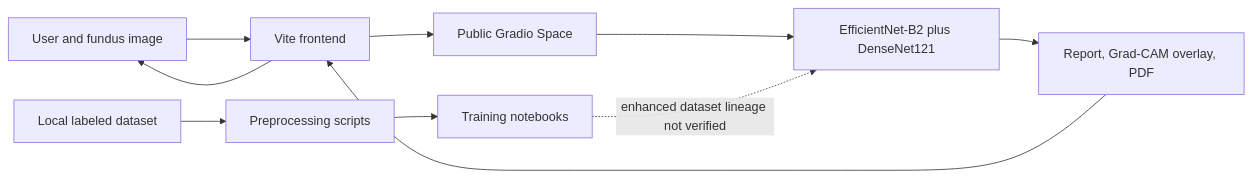
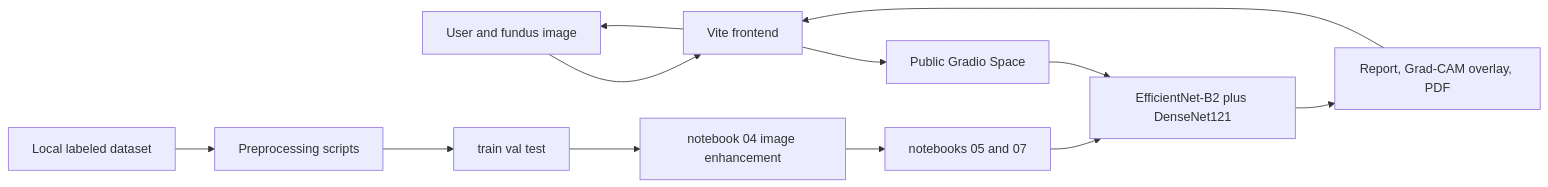
Before and after one commit to 01mayankk/retinascan-ai: the diagram in docs/ONBOARDING.md, drawn with Mermaid. The commit also changed other lines of this file and 8 other files, not shown here.

````diff
--- a/docs/ONBOARDING.md
+++ b/docs/ONBOARDING.md
@@ -11,12 +11,14 @@
 ```mermaid
 flowchart LR
     USER[User and fundus image] --> WEB[Vite frontend]
     WEB --> SPACE[Public Gradio Space]
     SPACE --> ENSEMBLE[EfficientNet-B2 plus DenseNet121]
     ENSEMBLE --> OUT[Report, Grad-CAM overlay, PDF]
     OUT --> WEB
     WEB --> USER
     DATA[Local labeled dataset] --> SCRIPTS[Preprocessing scripts]
-    SCRIPTS --> TRAIN[Training notebooks]
-    TRAIN -. "enhanced dataset lineage not verified" .-> ENSEMBLE
+    SCRIPTS --> SPLIT[train val test]
+    SPLIT --> ENHANCE[notebook 04 image enhancement]
+    ENHANCE --> TRAIN[notebooks 05 and 07]
+    TRAIN --> ENSEMBLE
 ```
````
